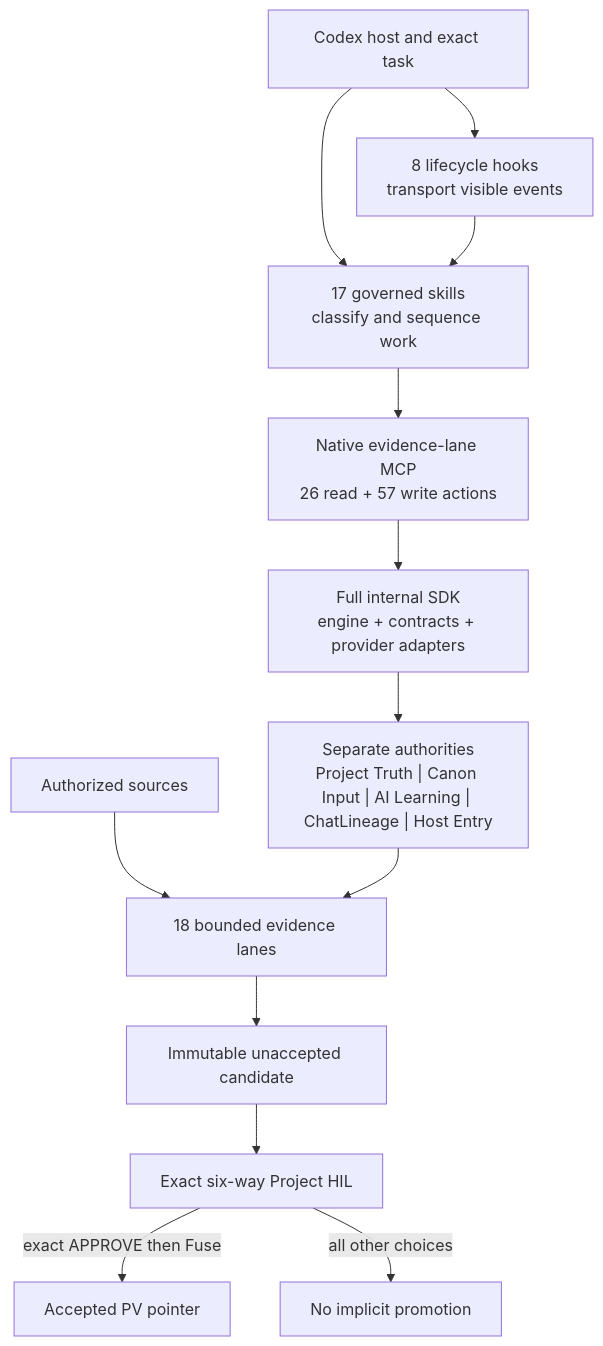
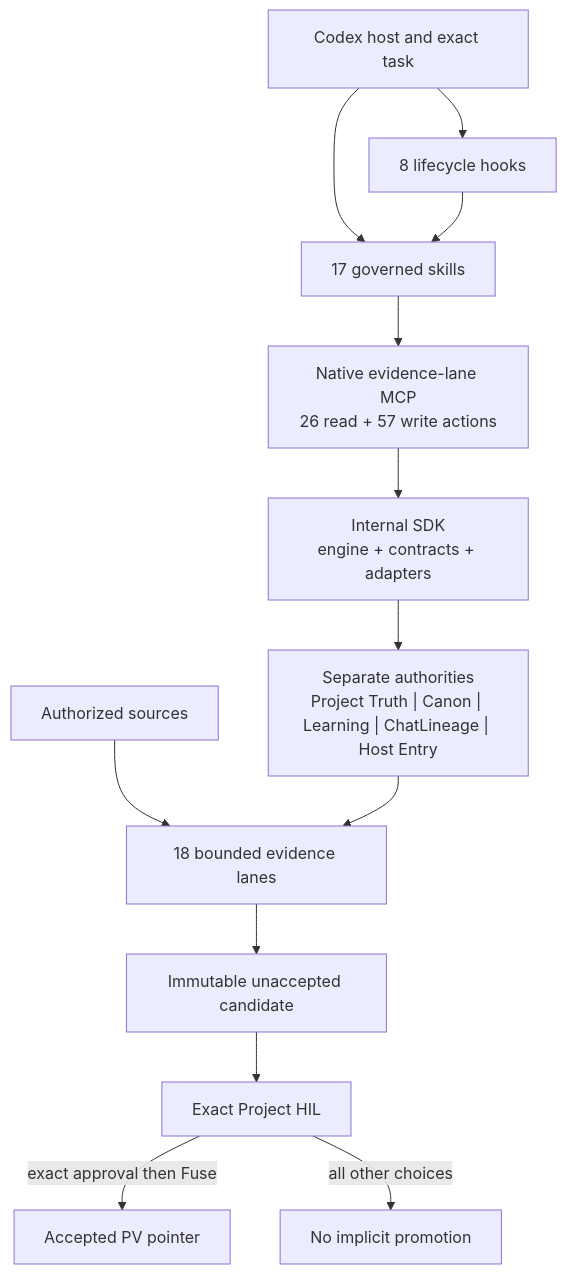
One commit to rathee000001/evidence_lane_plugin changed the diagram in README.md. Above: the diagram before and after it, drawn with Mermaid. The commit also changed other lines of this file and 208 other files, not shown here.

Commit message:
feat: checkpoint Evidence Lane 2.2 runtime and GitHub docs

````diff
--- a/README.md
+++ b/README.md
@@ -148,15 +176,15 @@
 ```mermaid
 flowchart TD
-    Host["Codex host and exact task"] --> Hooks["8 lifecycle hooks\ntransport visible events"]
-    Host --> Skills["17 governed skills\nclassify and sequence work"]
+    Host["Codex host and exact task"] --> Hooks["8 lifecycle hooks"]
+    Host --> Skills["17 governed skills"]
     Hooks --> Skills
-    Skills --> MCP["Native evidence-lane MCP\n26 read + 57 write actions"]
-    MCP --> SDK["Full internal SDK\nengine + contracts + provider adapters"]
-    SDK --> Authorities["Separate authorities\nProject Truth | Canon Input | AI Learning | ChatLineage | Host Entry"]
+    Skills --> MCP["Native evidence-lane MCP<br/>26 read + 57 write actions"]
+    MCP --> SDK["Internal SDK<br/>engine + contracts + adapters"]
+    SDK --> Authorities["Separate authorities<br/>Project Truth | Canon | Learning | ChatLineage | Host Entry"]
     Sources["Authorized sources"] --> Lanes["18 bounded evidence lanes"]
     Authorities --> Lanes
     Lanes --> Candidate["Immutable unaccepted candidate"]
-    Candidate --> HIL["Exact six-way Project HIL"]
-    HIL -->|"exact APPROVE then Fuse"| Pointer["Accepted PV pointer"]
+    Candidate --> HIL["Exact Project HIL"]
+    HIL -->|"exact approval then Fuse"| Pointer["Accepted PV pointer"]
     HIL -->|"all other choices"| NoPromotion["No implicit promotion"]
 ```
````
